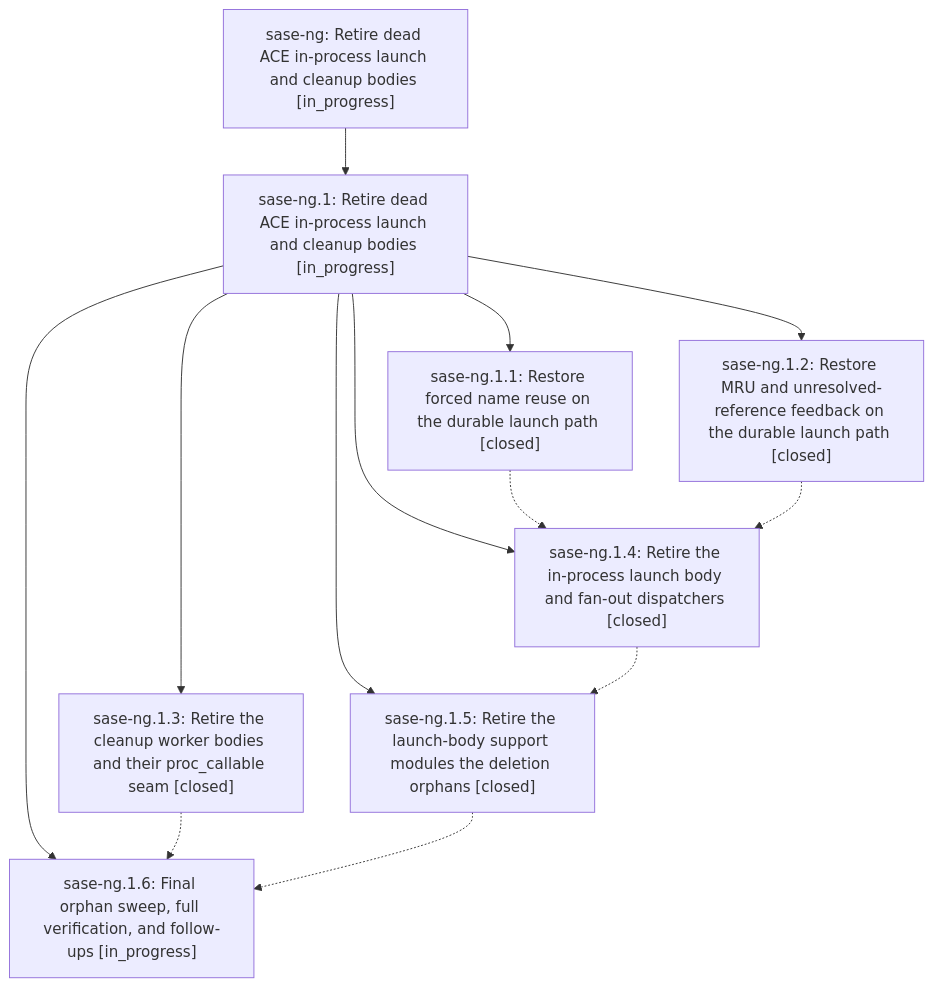
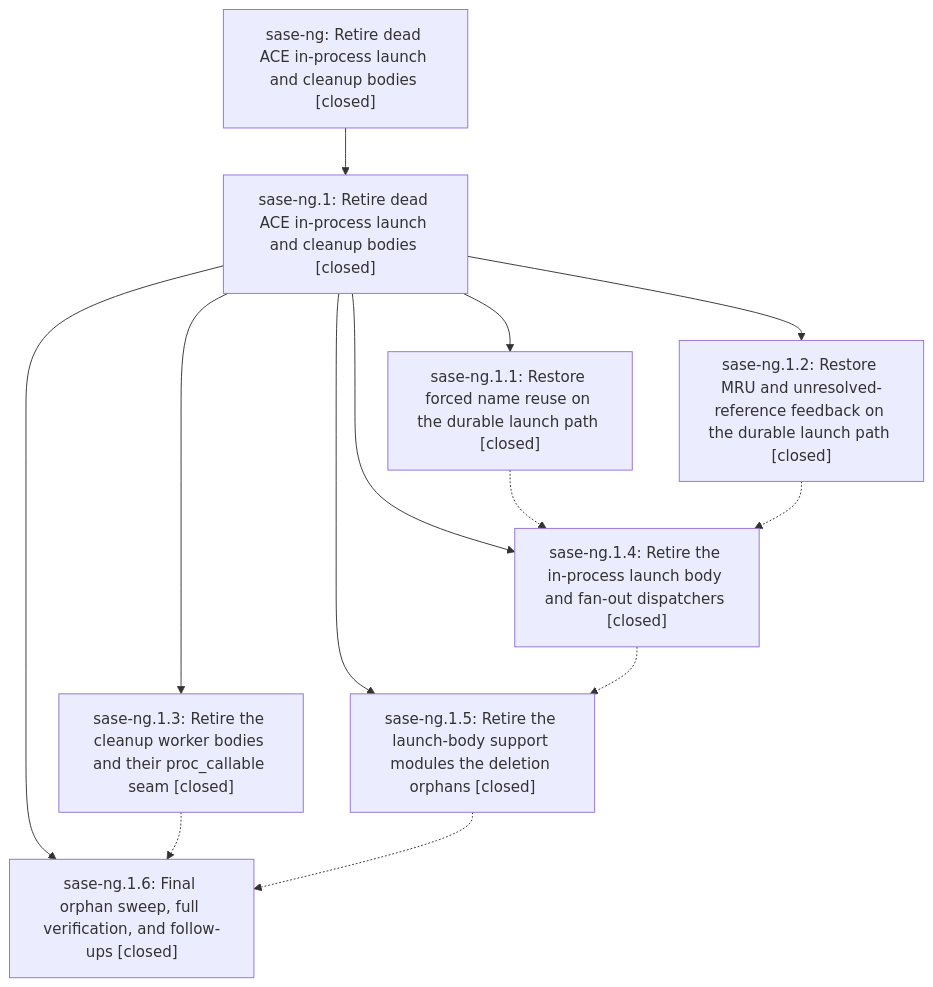
Before and after one commit to sase-org/sase--beads: the diagram in pages/sase-ng/README.md, drawn with Mermaid. The commit also changed other lines of this file and 4 other files, not shown here.

````diff
--- a/pages/sase-ng/README.md
+++ b/pages/sase-ng/README.md
@@ -22,23 +37,23 @@
 ```mermaid
 flowchart TD
-    n0["sase-ng: Retire dead ACE in-process launch and cleanup bodies [in_progress]"]
-    n1["sase-ng.1: Retire dead ACE in-process launch and cleanup bodies [in_progress]"]
+    n0["sase-ng: Retire dead ACE in-process launch and cleanup bodies [closed]"]
+    n1["sase-ng.1: Retire dead ACE in-process launch and cleanup bodies [closed]"]
     n2["sase-ng.1.1: Restore forced name reuse on the durable launch path [closed]"]
     n3["sase-ng.1.2: Restore MRU and unresolved-reference feedback on the durable launch path [closed]"]
     n4["sase-ng.1.3: Retire the cleanup worker bodies and their proc_callable seam [closed]"]
     n5["sase-ng.1.4: Retire the in-process launch body and fan-out dispatchers [closed]"]
     n6["sase-ng.1.5: Retire the launch-body support modules the deletion orphans [closed]"]
-    n7["sase-ng.1.6: Final orphan sweep, full verification, and follow-ups [in_progress]"]
+    n7["sase-ng.1.6: Final orphan sweep, full verification, and follow-ups [closed]"]
     n0 --> n1
     n1 --> n2
     n1 --> n3
     n1 --> n4
     n1 --> n5
     n1 --> n6
     n1 --> n7
     n2 -.-> n5
     n3 -.-> n5
     n4 -.-> n7
     n5 -.-> n6
     n6 -.-> n7
 ```
````
